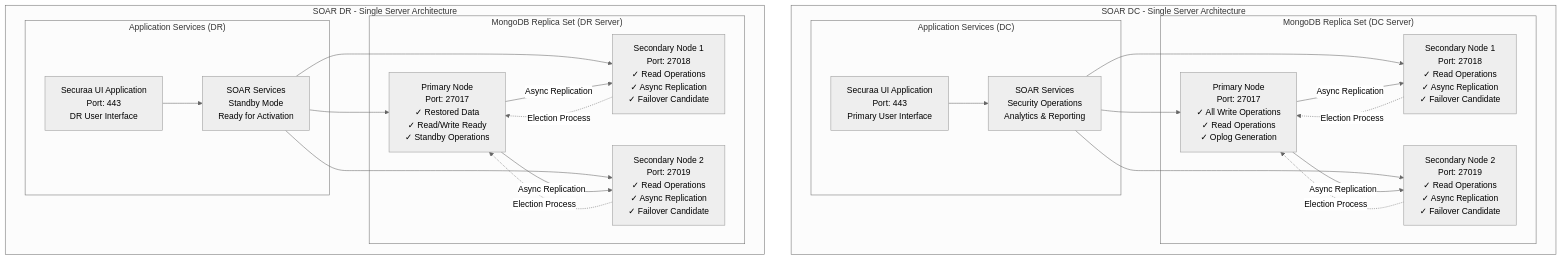
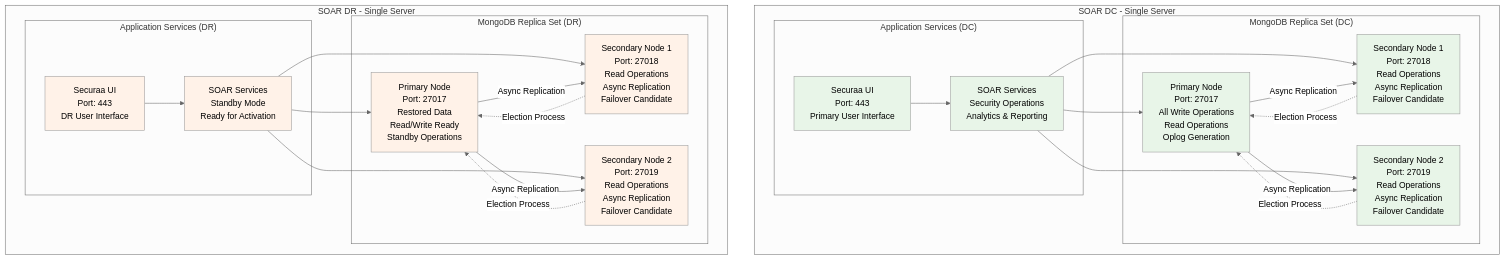
Before and after one commit to Vishwa0220/customers-docs: the second of 8 diagrams in HA_DR_Architecture_Documentation.md, drawn with Mermaid (neutral theme). The commit also changed other lines of this file, not shown here.

````diff
--- a/HA_DR_Architecture_Documentation.md
+++ b/HA_DR_Architecture_Documentation.md
@@ -128,56 +128,63 @@
 ```mermaid
 graph TB
-    subgraph "SOAR DC - Single Server Architecture"
-        subgraph "MongoDB Replica Set (DC Server)"
-            PRIMARY_DC[Primary Node<br/>Port: 27017<br/>✓ All Write Operations<br/>✓ Read Operations<br/>✓ Oplog Generation]
+    subgraph "SOAR DC - Single Server"
+        subgraph "MongoDB Replica Set (DC)"
+            PRIMARY_DC[Primary Node<br/>Port: 27017<br/>All Write Operations<br/>Read Operations<br/>Oplog Generation]
             
-            SECONDARY1_DC[Secondary Node 1<br/>Port: 27018<br/>✓ Read Operations<br/>✓ Async Replication<br/>✓ Failover Candidate]
+            SECONDARY1_DC[Secondary Node 1<br/>Port: 27018<br/>Read Operations<br/>Async Replication<br/>Failover Candidate]
             
-            SECONDARY2_DC[Secondary Node 2<br/>Port: 27019<br/>✓ Read Operations<br/>✓ Async Replication<br/>✓ Failover Candidate]
+            SECONDARY2_DC[Secondary Node 2<br/>Port: 27019<br/>Read Operations<br/>Async Replication<br/>Failover Candidate]
         end
         
         subgraph "Application Services (DC)"
-            UI_APP_DC[Securaa UI Application<br/>Port: 443<br/>Primary User Interface]
+            UI_APP_DC[Securaa UI<br/>Port: 443<br/>Primary User Interface]
             SOAR_SERVICES_DC[SOAR Services<br/>Security Operations<br/>Analytics & Reporting]
         end
     end
     
-    subgraph "SOAR DR - Single Server Architecture"
-        subgraph "MongoDB Replica Set (DR Server)"
-            PRIMARY_DR[Primary Node<br/>Port: 27017<br/>✓ Restored Data<br/>✓ Read/Write Ready<br/>✓ Standby Operations]
+    subgraph "SOAR DR - Single Server"
+        subgraph "MongoDB Replica Set (DR)"
+            PRIMARY_DR[Primary Node<br/>Port: 27017<br/>Restored Data<br/>Read/Write Ready<br/>Standby Operations]
             
-            SECONDARY1_DR[Secondary Node 1<br/>Port: 27018<br/>✓ Read Operations<br/>✓ Async Replication<br/>✓ Failover Candidate]
+            SECONDARY1_DR[Secondary Node 1<br/>Port: 27018<br/>Read Operations<br/>Async Replication<br/>Failover Candidate]
             
-            SECONDARY2_DR[Secondary Node 2<br/>Port: 27019<br/>✓ Read Operations<br/>✓ Async Replication<br/>✓ Failover Candidate]
+            SECONDARY2_DR[Secondary Node 2<br/>Port: 27019<br/>Read Operations<br/>Async Replication<br/>Failover Candidate]
         end
         
         subgraph "Application Services (DR)"
-            UI_APP_DR[Securaa UI Application<br/>Port: 443<br/>DR User Interface]
+            UI_APP_DR[Securaa UI<br/>Port: 443<br/>DR User Interface]
             SOAR_SERVICES_DR[SOAR Services<br/>Standby Mode<br/>Ready for Activation]
         end
     end
     
     %% DC Internal Connections
     UI_APP_DC --> SOAR_SERVICES_DC
     SOAR_SERVICES_DC --> PRIMARY_DC
     SOAR_SERVICES_DC --> SECONDARY1_DC
     SOAR_SERVICES_DC --> SECONDARY2_DC
     
     %% DC Replica Set Replication
     PRIMARY_DC -->|Async Replication| SECONDARY1_DC
     PRIMARY_DC -->|Async Replication| SECONDARY2_DC
     SECONDARY1_DC -.->|Election Process| PRIMARY_DC
     SECONDARY2_DC -.->|Election Process| PRIMARY_DC
     
     %% DR Internal Connections
     UI_APP_DR --> SOAR_SERVICES_DR
     SOAR_SERVICES_DR --> PRIMARY_DR
     SOAR_SERVICES_DR --> SECONDARY1_DR
     SOAR_SERVICES_DR --> SECONDARY2_DR
     
     %% DR Replica Set Replication
     PRIMARY_DR -->|Async Replication| SECONDARY1_DR
     PRIMARY_DR -->|Async Replication| SECONDARY2_DR
     SECONDARY1_DR -.->|Election Process| PRIMARY_DR
     SECONDARY2_DR -.->|Election Process| PRIMARY_DR
+    
+    %% Styling
+    classDef dcSite fill:#e8f5e8
+    classDef drSite fill:#fff2e8
+    
+    class PRIMARY_DC,SECONDARY1_DC,SECONDARY2_DC,UI_APP_DC,SOAR_SERVICES_DC dcSite
+    class PRIMARY_DR,SECONDARY1_DR,SECONDARY2_DR,UI_APP_DR,SOAR_SERVICES_DR drSite
 ```
````
